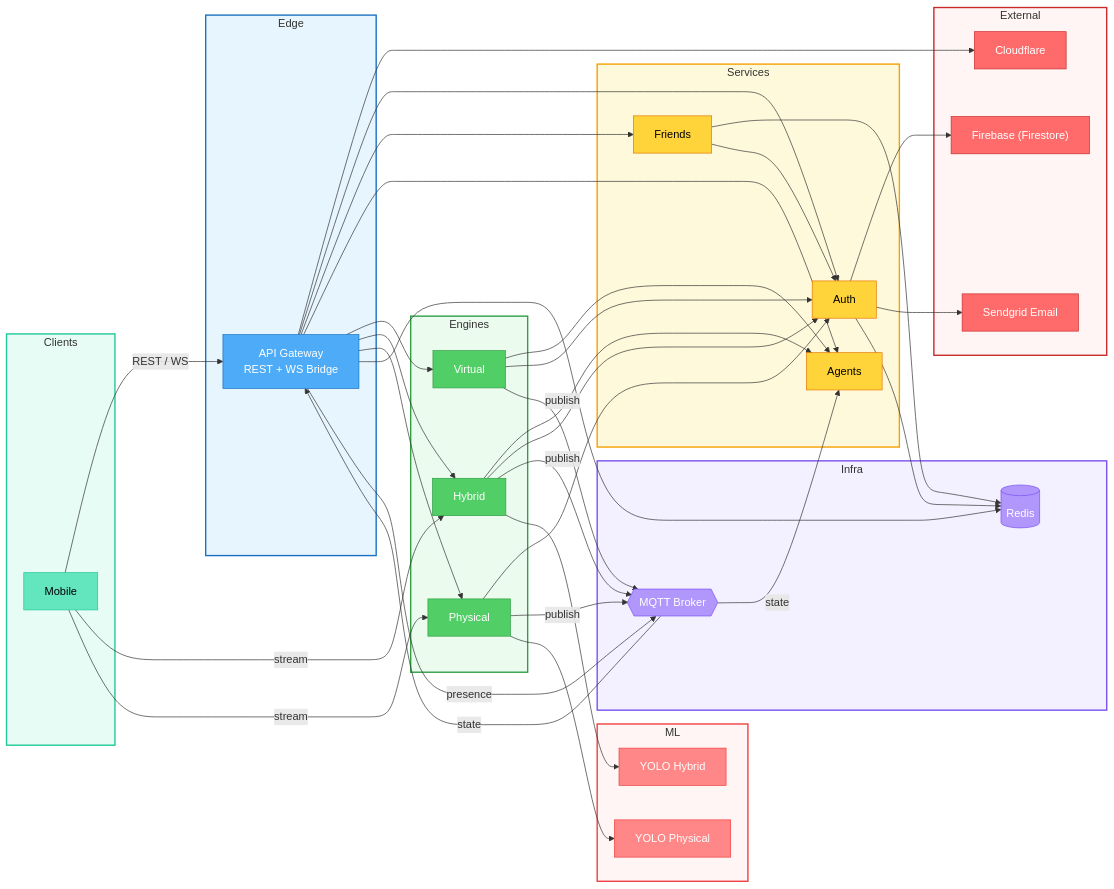
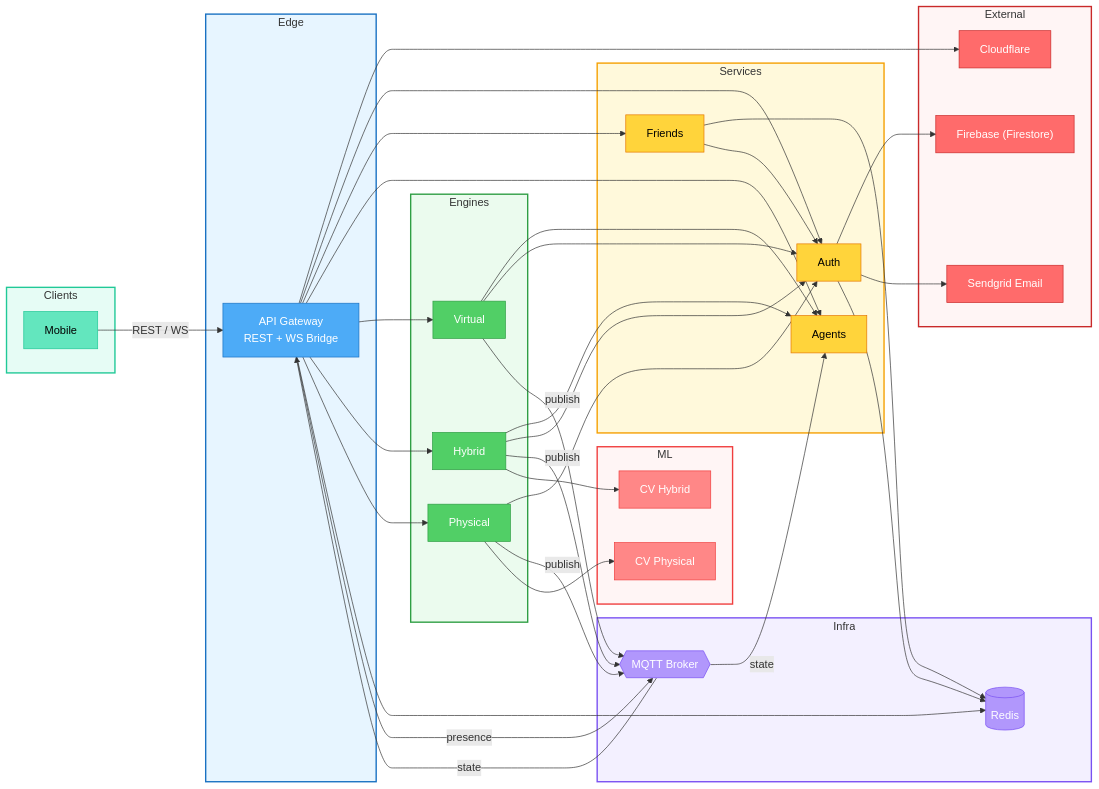
Before and after one commit to PEI09-25-26/Sueca: the diagram in Docs/Arquitecture/final-arquitecture.md, drawn with Mermaid.

Commit message:
another architecture update

```diff
--- a/Docs/Arquitecture/final-arquitecture.md
+++ b/Docs/Arquitecture/final-arquitecture.md
@@ -27,8 +27,8 @@
 
 %% ==================== ML ====================
 subgraph ML
-    YOLO_H["YOLO Hybrid"]
-    YOLO_P["YOLO Physical"]
+    CV_H["CV Hybrid"]
+    CV_P["CV Physical"]
 end
 
 %% ==================== INFRA ====================
@@ -80,11 +80,8 @@
 
 Gateway -->|presence| EMQX
 
-HE --> YOLO_H
-PE --> YOLO_P
-
-ClientMobile -->|stream| HE
-ClientMobile -->|stream| PE
+HE --> CV_H
+PE --> CV_P
 
 %% ==================== NODE STYLES ====================
 classDef client fill:#63e6be,stroke:#20c997,color:#000
@@ -101,7 +98,7 @@
 class VE,HE,PE engine
 class Redis,EMQX infra
 class Firebase,SendGrid,Cloudflare external
-class YOLO_H,YOLO_P ml
+class CV_H,CV_P ml
 
 %% ==================== SUBGRAPH BACKGROUNDS ====================
 style Clients fill:#e6fcf5,stroke:#20c997,stroke-width:2px
```
